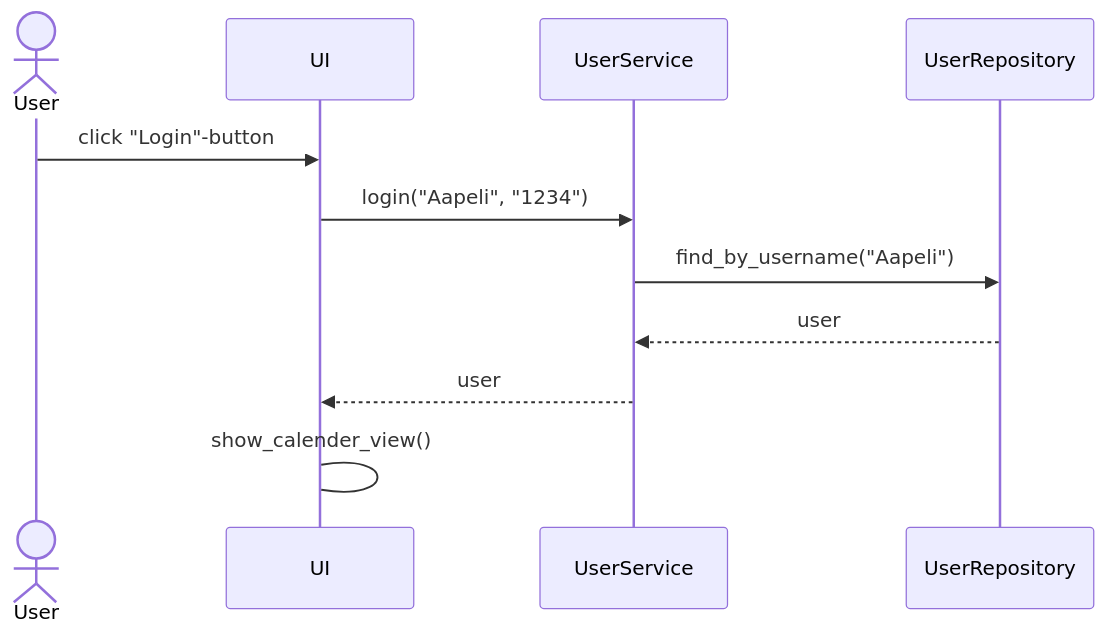
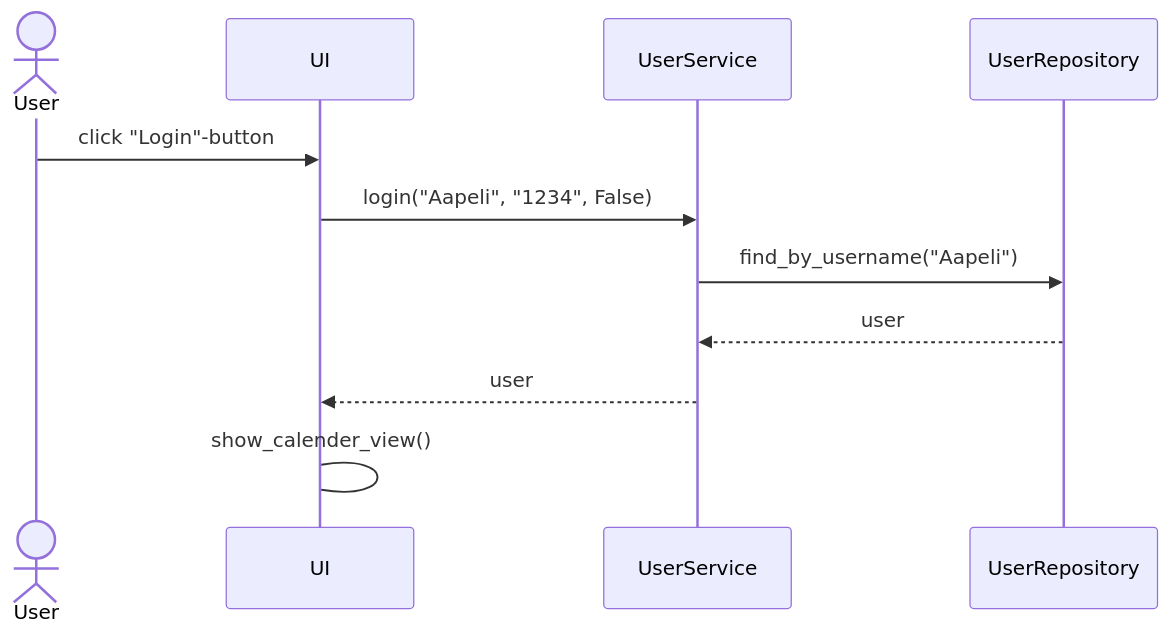
Before and after one commit to levomaaa/ot-harjoitustyo: the second of 4 diagrams in dokumentaatio/arkkitehtuuri.md, drawn with Mermaid. The commit also changed other lines of this file, not shown here.

````diff
--- a/dokumentaatio/arkkitehtuuri.md
+++ b/dokumentaatio/arkkitehtuuri.md
@@ -49,13 +76,13 @@
 ```mermaid
 sequenceDiagram
   actor User
   participant UI
   participant UserService
   participant UserRepository
   User->>UI: click "Login"-button
-  UI->>UserService: login("Aapeli", "1234")
+  UI->>UserService: login("Aapeli", "1234", False)
   UserService->>UserRepository: find_by_username("Aapeli")
   UserRepository-->>UserService: user
   UserService-->>UI: user
   UI->UI: show_calender_view()
 ```
````
